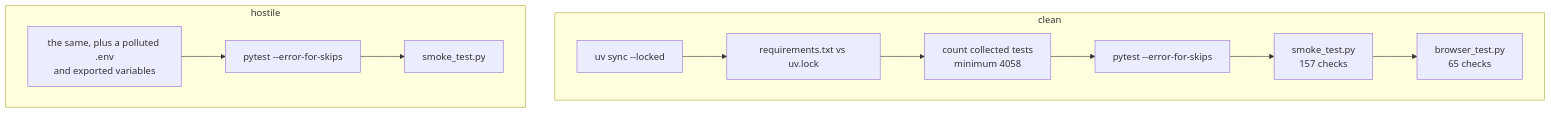
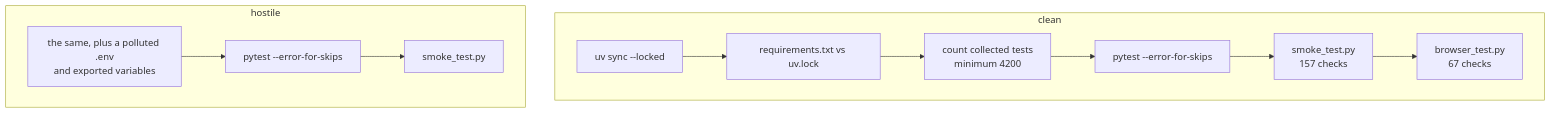
Before and after one commit to IAMN1/link-shortener: the diagram in docs/testing.md, drawn with Mermaid. The commit also changed other lines of this file and 5 other files, not shown here.

````diff
--- a/docs/testing.md
+++ b/docs/testing.md
@@ -409,12 +409,12 @@
 ```mermaid
 flowchart TD
     subgraph clean["clean"]
         C1[uv sync --locked] --> C2[requirements.txt vs uv.lock]
-        C2 --> C3[count collected tests<br/>minimum 4058] --> C4[pytest --error-for-skips]
-        C4 --> C5[smoke_test.py<br/>157 checks] --> C6[browser_test.py<br/>65 checks]
+        C2 --> C3[count collected tests<br/>minimum 4200] --> C4[pytest --error-for-skips]
+        C4 --> C5[smoke_test.py<br/>157 checks] --> C6[browser_test.py<br/>67 checks]
     end
     subgraph hostile["hostile"]
         H1[the same, plus a polluted .env<br/>and exported variables] --> H2[pytest --error-for-skips]
         H2 --> H3[smoke_test.py]
     end
 ```
````
